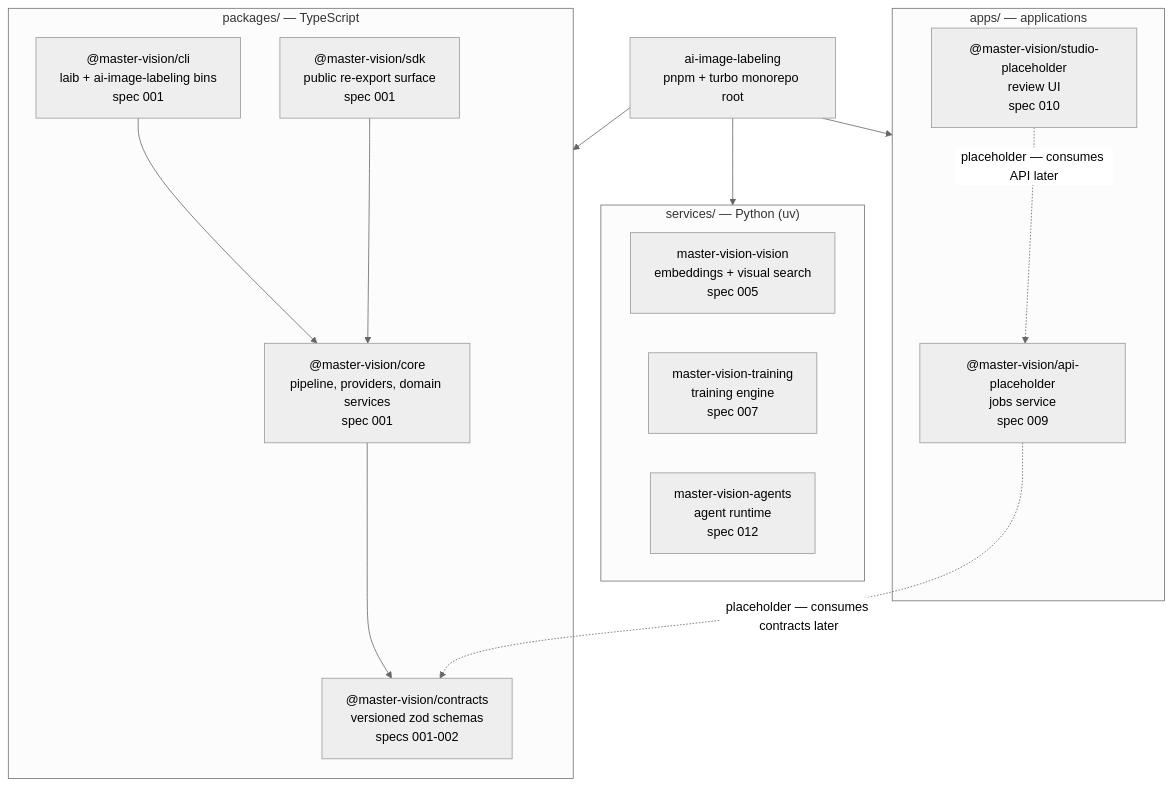
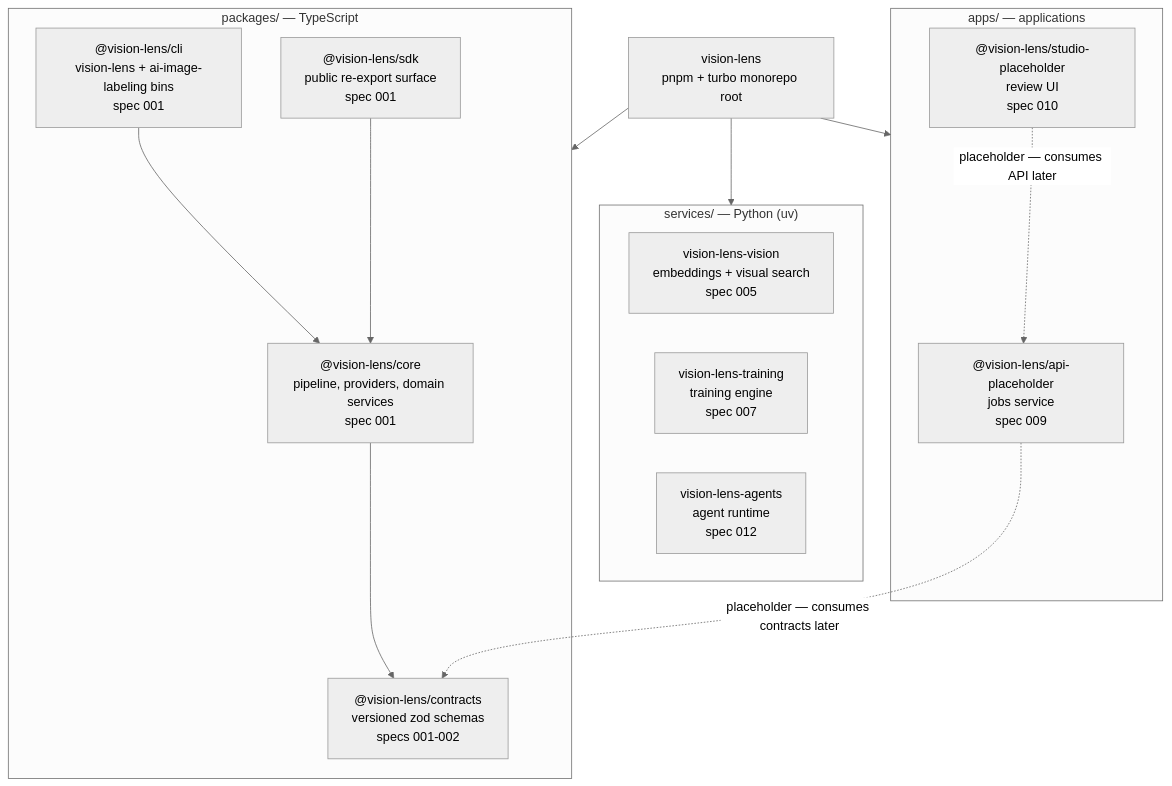
The diagram in docs/architecture/monorepo-map.md (erikunha/LAIbemage), drawn with Mermaid (neutral theme) before and after one commit. The commit also changed other lines of this file and 23 other files, not shown here.

First line of the commit message:
docs(repo): rename the documentation to vision-lens

````diff
--- a/docs/architecture/monorepo-map.md
+++ b/docs/architecture/monorepo-map.md
@@ -25,32 +25,32 @@
 ```mermaid
 flowchart TD
-    ROOT["ai-image-labeling<br/>pnpm + turbo monorepo root"]
+    ROOT["vision-lens<br/>pnpm + turbo monorepo root"]
 
     subgraph PKGS["packages/ — TypeScript"]
-        CORE["@master-vision/core<br/>pipeline, providers, domain services<br/>spec 001"]
-        CLI["@master-vision/cli<br/>laib + ai-image-labeling bins<br/>spec 001"]
-        SDK["@master-vision/sdk<br/>public re-export surface<br/>spec 001"]
-        CONTRACTS["@master-vision/contracts<br/>versioned zod schemas<br/>specs 001-002"]
+        CORE["@vision-lens/core<br/>pipeline, providers, domain services<br/>spec 001"]
+        CLI["@vision-lens/cli<br/>vision-lens + ai-image-labeling bins<br/>spec 001"]
+        SDK["@vision-lens/sdk<br/>public re-export surface<br/>spec 001"]
+        CONTRACTS["@vision-lens/contracts<br/>versioned zod schemas<br/>specs 001-002"]
     end
 
     subgraph APPS["apps/ — applications"]
-        API["@master-vision/api-placeholder<br/>jobs service<br/>spec 009"]
-        STUDIO["@master-vision/studio-placeholder<br/>review UI<br/>spec 010"]
+        API["@vision-lens/api-placeholder<br/>jobs service<br/>spec 009"]
+        STUDIO["@vision-lens/studio-placeholder<br/>review UI<br/>spec 010"]
     end
 
     subgraph SVCS["services/ — Python (uv)"]
-        VISION["master-vision-vision<br/>embeddings + visual search<br/>spec 005"]
-        TRAINING["master-vision-training<br/>training engine<br/>spec 007"]
-        AGENTS["master-vision-agents<br/>agent runtime<br/>spec 012"]
+        VISION["vision-lens-vision<br/>embeddings + visual search<br/>spec 005"]
+        TRAINING["vision-lens-training<br/>training engine<br/>spec 007"]
+        AGENTS["vision-lens-agents<br/>agent runtime<br/>spec 012"]
     end
 
     ROOT --> PKGS
     ROOT --> APPS
     ROOT --> SVCS
 
     CORE --> CONTRACTS
     CLI --> CORE
     SDK --> CORE
     API -.->|"placeholder — consumes contracts later"| CONTRACTS
     STUDIO -.->|"placeholder — consumes API later"| API
 ```
````
